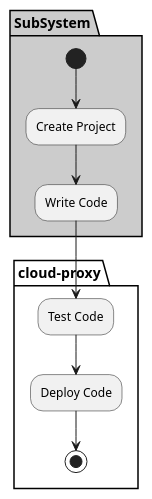
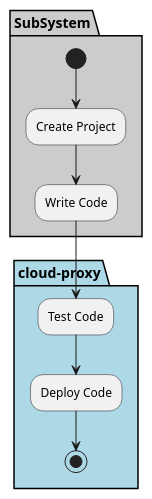
Before and after one commit to CAADE/C3: the diagram in docs/Solution/Services/cloud-proxy/Process.puml, drawn with PlantUML. The commit also changed 397 other files, not shown here.

```diff
--- a/docs/Solution/Services/cloud-proxy/Process.puml
+++ b/docs/Solution/Services/cloud-proxy/Process.puml
@@ -1,18 +1,18 @@
 @startuml
 
 partition "cloud-proxy" {
 
 }
 
 partition SubSystem  #cccccc {
   (*) --> "Create Project"
   --> "Write Code"
 }
 
-partition "cloud-proxy" {
+partition "cloud-proxy" #lightblue {
   "Write Code" --> "Test Code"
   "Test Code" --> "Deploy Code"
   "Deploy Code" --> (*)
 }
 
 @enduml
```
